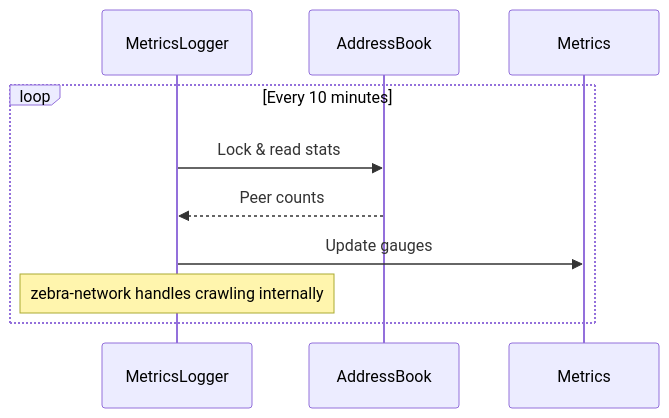
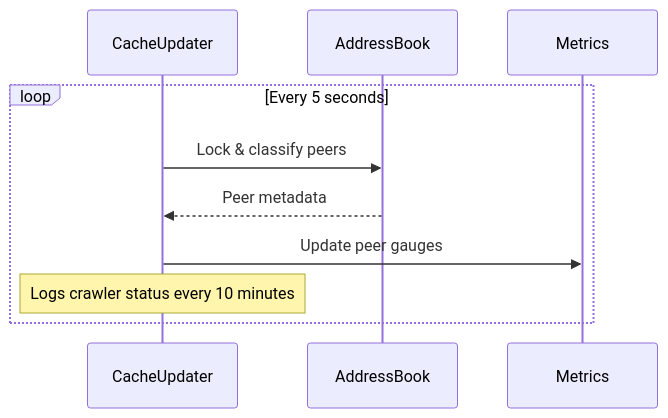
The fourth of 4 diagrams in docs/architecture.md (ZcashFoundation/zeeder), drawn with Mermaid before and after one commit. The commit also changed other lines of this file and 40 other files, not shown here.

````diff
--- a/docs/architecture.md
+++ b/docs/architecture.md
@@ -104,13 +117,13 @@
 ```mermaid
 sequenceDiagram
-    participant MetricsLogger
+    participant CacheUpdater
     participant AddressBook
     participant Metrics
     
-    loop Every 10 minutes
-        MetricsLogger->>AddressBook: Lock & read stats
-        AddressBook-->>MetricsLogger: Peer counts
-        MetricsLogger->>Metrics: Update gauges
-        Note over MetricsLogger: zebra-network handles crawling internally
+    loop Every 5 seconds
+        CacheUpdater->>AddressBook: Lock & classify peers
+        AddressBook-->>CacheUpdater: Peer metadata
+        CacheUpdater->>Metrics: Update peer gauges
+        Note over CacheUpdater: Logs crawler status every 10 minutes
     end
 ```
````
